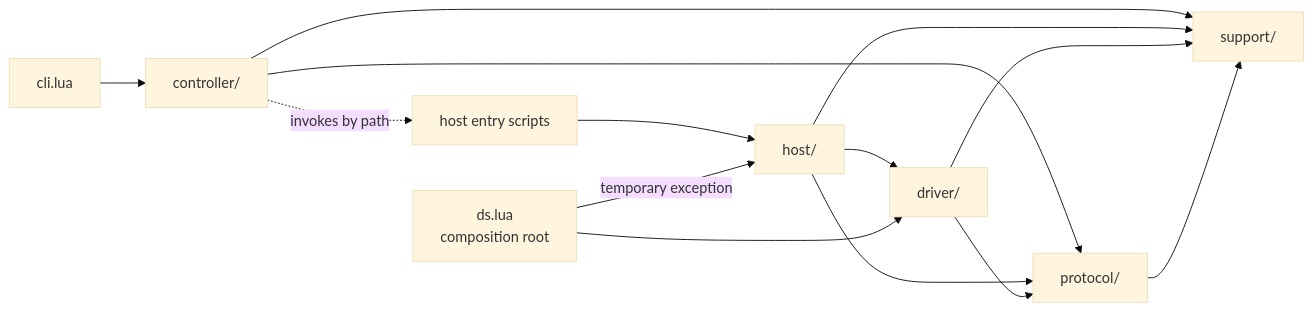
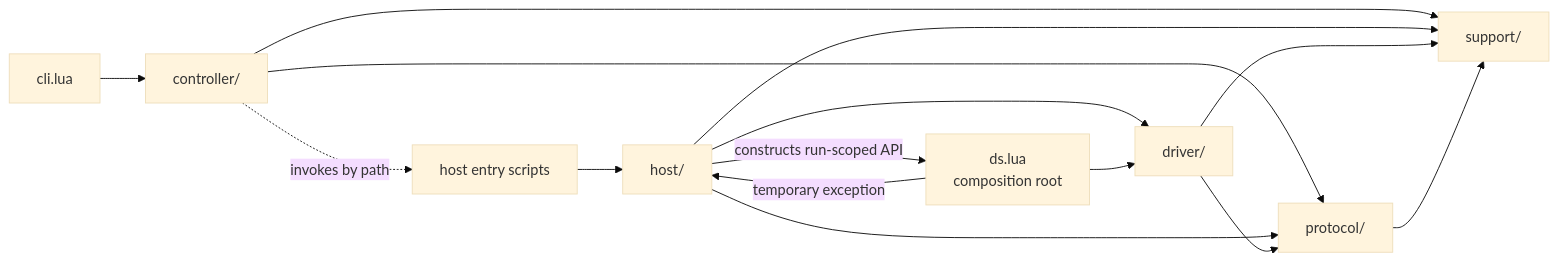
The second of 4 diagrams in docs/source-organization-proposal.md (dsisco11/DwarfSpec), drawn with Mermaid (base theme) before and after one commit. The commit also changed other lines of this file, not shown here.

````diff
--- a/docs/source-organization-proposal.md
+++ b/docs/source-organization-proposal.md
@@ -74,16 +74,17 @@
 ```mermaid
 flowchart LR
     cli["cli.lua"] --> controller["controller/"]
     controller -.->|invokes by path| entry["host entry scripts"]
     entry --> host["host/"]
+    host -->|constructs run-scoped API| ds["ds.lua<br/>composition root"]
     controller --> protocol["protocol/"]
     controller --> support["support/"]
     host --> driver["driver/"]
     host --> protocol
     host --> support
     driver --> protocol
     driver --> support
     protocol --> support
-    ds["ds.lua<br/>composition root"] -->|temporary exception| host
+    ds -->|temporary exception| host
     ds --> driver
 ```
````
